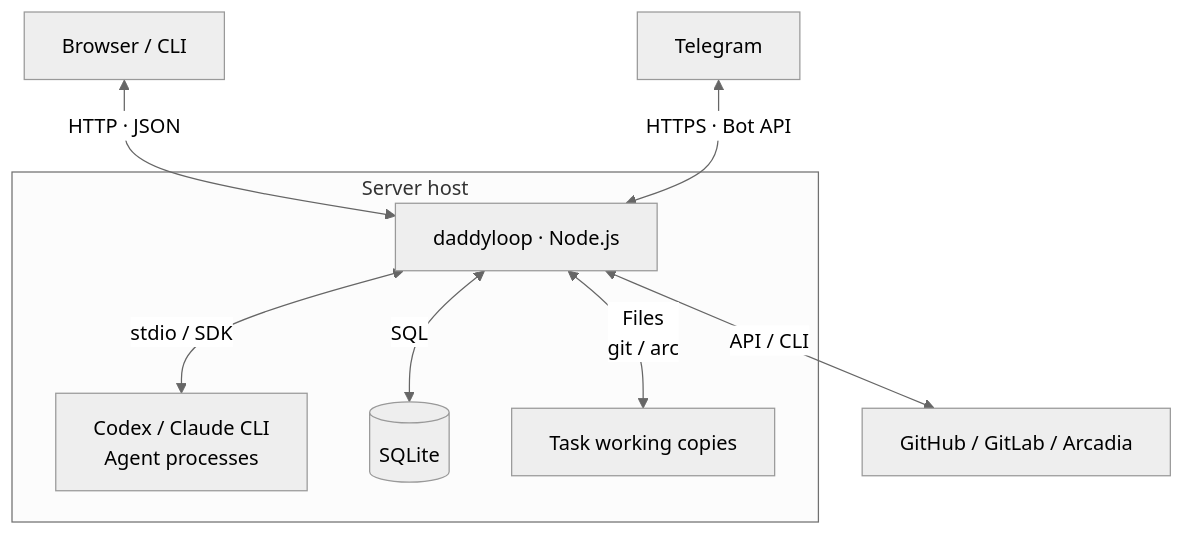
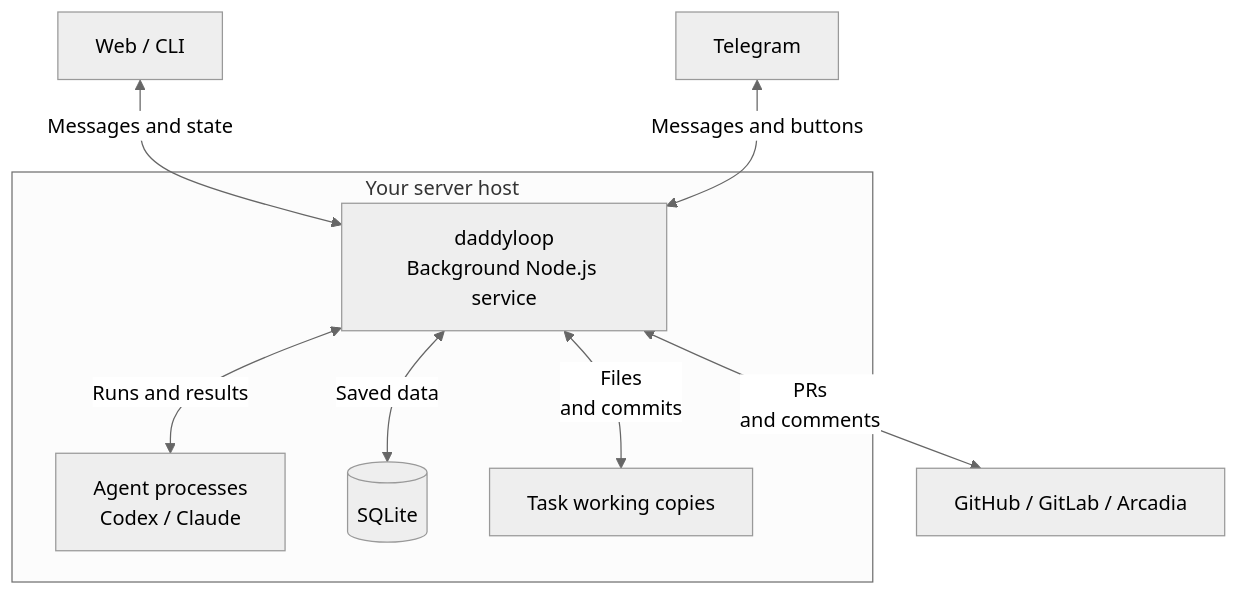
Before and after one commit to heesooyaam/daddyloop: the first of 7 diagrams in docs/architecture/en.md, drawn with Mermaid (neutral theme). The commit also changed other lines of this file and 4 other files, not shown here.

Commit message:
docs: explain architecture with focused diagrams (#29)

````diff
--- a/docs/architecture/en.md
+++ b/docs/architecture/en.md
@@ -13,11 +13,11 @@
 ```mermaid
 flowchart TB
-    U["Browser / CLI"] <-->|"HTTP · JSON"| S
-    T["Telegram"] <-->|"HTTPS · Bot API"| S
-    subgraph H["Server host"]
-        S["daddyloop · Node.js"] <-->|"stdio / SDK"| A["Codex / Claude CLI<br/>Agent processes"]
-        S <-->|"SQL"| DB[("SQLite")]
-        S <-->|"Files<br/>git / arc"| W["Task working copies"]
+    U["Web / CLI"] <-->|"Messages and state"| S
+    T["Telegram"] <-->|"Messages and buttons"| S
+    subgraph H["Your server host"]
+        S["daddyloop<br/>Background Node.js service"] <-->|"Runs and results"| A["Agent processes<br/>Codex / Claude"]
+        S <-->|"Saved data"| DB[("SQLite")]
+        S <-->|"Files<br/>and commits"| W["Task working copies"]
     end
-    S <-->|"API / CLI"| R["GitHub / GitLab / Arcadia"]
+    S <-->|"PRs<br/>and comments"| R["GitHub / GitLab / Arcadia"]
 ```
````
